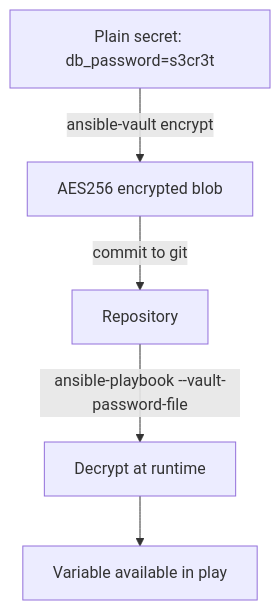
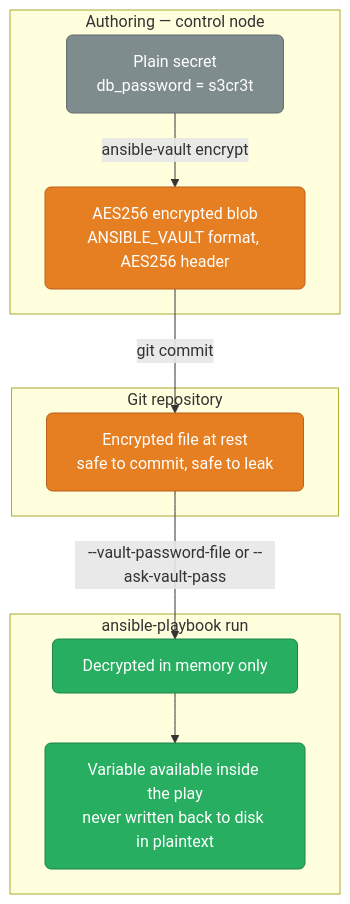
The first of 3 diagrams in iac/ansible/advanced.md (deepanshu-rawat6/DevOpsIndex), drawn with Mermaid before and after one commit. The commit also changed other lines of this file and 17 other files, not shown here.

````diff
--- a/iac/ansible/advanced.md
+++ b/iac/ansible/advanced.md
@@ -227,7 +259,20 @@
 ```mermaid
 flowchart TD
-    A[Plain secret: db_password=s3cr3t] -->|ansible-vault encrypt| B[AES256 encrypted blob]
-    B -->|commit to git| C[Repository]
-    C -->|ansible-playbook --vault-password-file| D[Decrypt at runtime]
-    D --> E[Variable available in play]
+    classDef plain fill:#7f8c8d,stroke:#616a6b,color:#fff,rx:6
+    classDef encrypted fill:#e67e22,stroke:#ba6018,color:#fff,rx:6
+    classDef runtime fill:#27ae60,stroke:#1e8449,color:#fff,rx:6
+
+    subgraph DEV["Authoring — control node"]
+        A["Plain secret<br/>db_password = s3cr3t"]:::plain
+        A -->|"ansible-vault encrypt"| B["AES256 encrypted blob<br/>ANSIBLE_VAULT format, AES256 header"]:::encrypted
+    end
+
+    subgraph REPO["Git repository"]
+        B -->|"git commit"| C["Encrypted file at rest<br/>safe to commit, safe to leak"]:::encrypted
+    end
+
+    subgraph RUN["ansible-playbook run"]
+        C -->|"--vault-password-file or --ask-vault-pass"| D["Decrypted in memory only"]:::runtime
+        D --> E["Variable available inside the play<br/>never written back to disk in plaintext"]:::runtime
+    end
 ```
````
